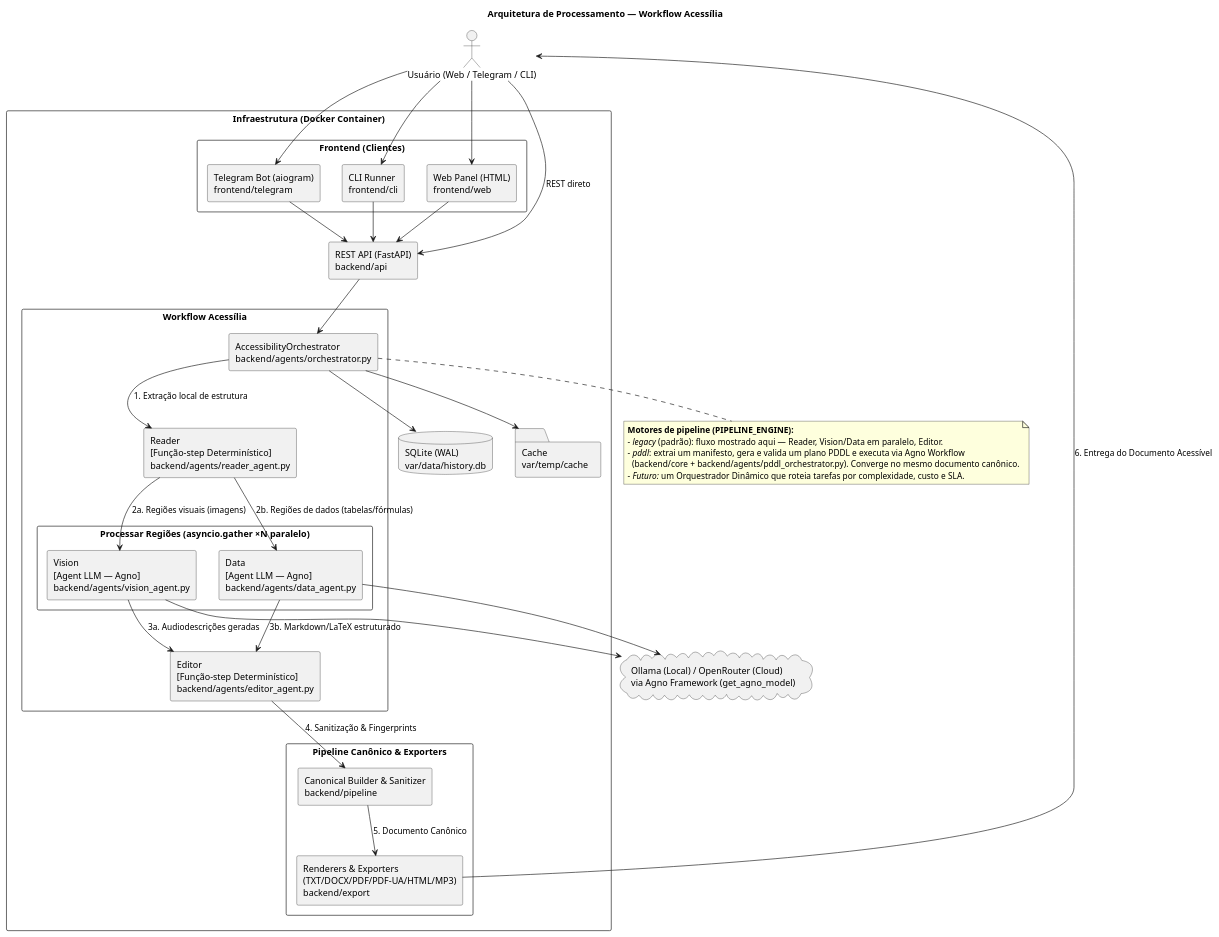
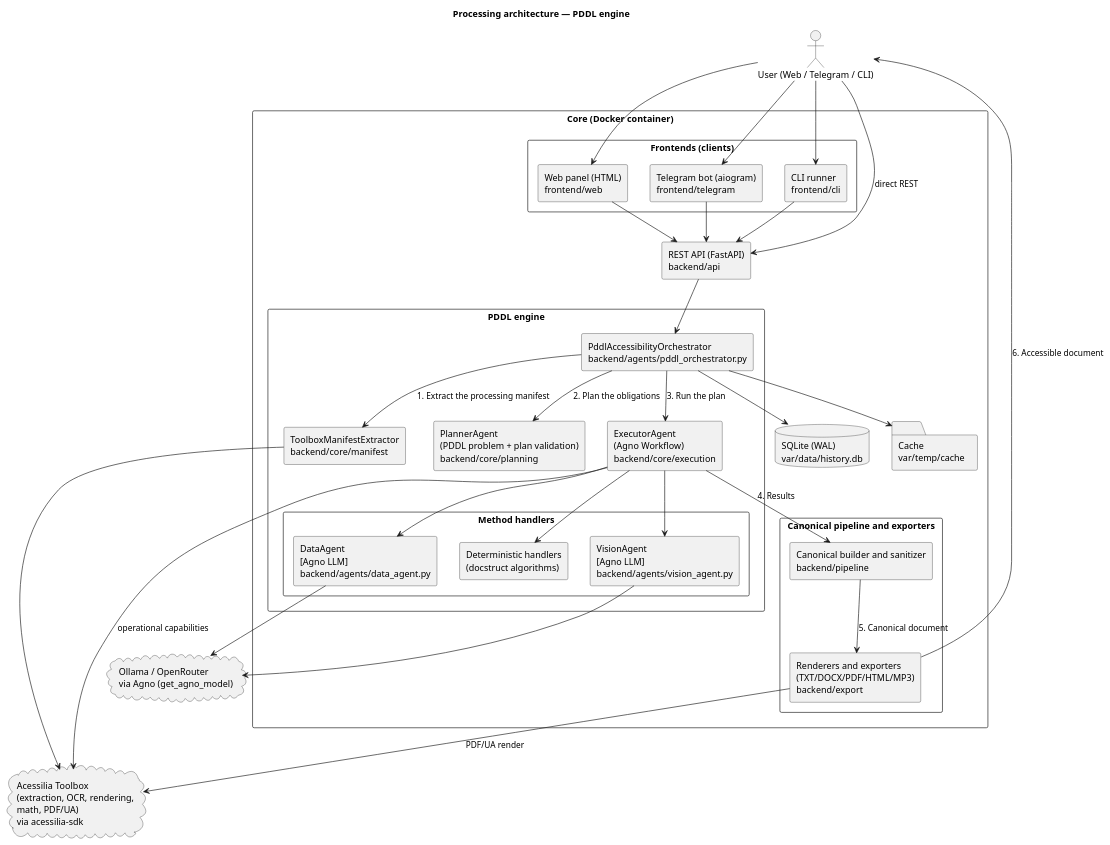
The diagram in docs/architecture/architecture.puml (A11yDevs/acessilia), drawn with PlantUML before and after one commit. The commit also changed 11 other files, not shown here.

First line of the commit message:
docs: redraw the diagrams and drop the last legacy references

```diff
--- a/docs/architecture/architecture.puml
+++ b/docs/architecture/architecture.puml
@@ -1,77 +1,74 @@
 @startuml architecture
 skinparam componentStyle rectangle
 skinparam shadowing false
 skinparam packageStyle rectangle
 
-title Arquitetura de Processamento — Workflow Acessília
+title Processing architecture — PDDL engine
 
-actor "Usuário (Web / Telegram / CLI)" as User
+actor "User (Web / Telegram / CLI)" as User
 
-package "Infraestrutura (Docker Container)" {
-  
-  package "Frontend (Clientes)" {
-    component "Web Panel (HTML)\nfrontend/web" as WebUI
-    component "Telegram Bot (aiogram)\nfrontend/telegram" as TelegramBot
-    component "CLI Runner\nfrontend/cli" as CLI
+package "Core (Docker container)" {
+
+  package "Frontends (clients)" {
+    component "Web panel (HTML)\nfrontend/web" as WebUI
+    component "Telegram bot (aiogram)\nfrontend/telegram" as TelegramBot
+    component "CLI runner\nfrontend/cli" as CLI
   }
 
   component "REST API (FastAPI)\nbackend/api" as API
 
-  package "Workflow Acessília" {
-    component "AccessibilityOrchestrator\nbackend/agents/orchestrator.py" as Orchestrator
-    
-    component "Reader\n[Função-step Determinístico]\nbackend/agents/reader_agent.py" as Reader
-    
-    package "Processar Regiões (asyncio.gather ×N paralelo)" {
-      component "Vision\n[Agent LLM — Agno]\nbackend/agents/vision_agent.py" as Vision
-      component "Data\n[Agent LLM — Agno]\nbackend/agents/data_agent.py" as Data
+  package "PDDL engine" {
+    component "PddlAccessibilityOrchestrator\nbackend/agents/pddl_orchestrator.py" as Orchestrator
+    component "ToolboxManifestExtractor\nbackend/core/manifest" as Manifest
+    component "PlannerAgent\n(PDDL problem + plan validation)\nbackend/core/planning" as Planner
+    component "ExecutorAgent\n(Agno Workflow)\nbackend/core/execution" as Executor
+
+    package "Method handlers" {
+      component "VisionAgent\n[Agno LLM]\nbackend/agents/vision_agent.py" as Vision
+      component "DataAgent\n[Agno LLM]\nbackend/agents/data_agent.py" as Data
+      component "Deterministic handlers\n(docstruct algorithms)" as Deterministic
     }
-    
-    component "Editor\n[Função-step Determinístico]\nbackend/agents/editor_agent.py" as Editor
   }
 
-  package "Pipeline Canônico & Exporters" {
-    component "Canonical Builder & Sanitizer\nbackend/pipeline" as Pipeline
-    component "Renderers & Exporters\n(TXT/DOCX/PDF/PDF-UA/HTML/MP3)\nbackend/export" as Exporters
+  package "Canonical pipeline and exporters" {
+    component "Canonical builder and sanitizer\nbackend/pipeline" as Pipeline
+    component "Renderers and exporters\n(TXT/DOCX/PDF/HTML/MP3)\nbackend/export" as Exporters
   }
 
   database "SQLite (WAL)\nvar/data/history.db" as DB
   folder "Cache\nvar/temp/cache" as Cache
 }
 
-cloud "Ollama (Local) / OpenRouter (Cloud)\nvia Agno Framework (get_agno_model)" as AI
-
-note bottom of Orchestrator
-  <b>Motores de pipeline (PIPELINE_ENGINE):</b>
-  - <i>legacy</i> (padrão): fluxo mostrado aqui — Reader, Vision/Data em paralelo, Editor.
-  - <i>pddl</i>: extrai um manifesto, gera e valida um plano PDDL e executa via Agno Workflow
-    (backend/core + backend/agents/pddl_orchestrator.py). Converge no mesmo documento canônico.
-  - <i>Futuro:</i> um Orquestrador Dinâmico que roteia tarefas por complexidade, custo e SLA.
-end note
+cloud "Acessilia Toolbox\n(extraction, OCR, rendering,\nmath, PDF/UA)\nvia acessilia-sdk" as Toolbox
+cloud "Ollama / OpenRouter\nvia Agno (get_agno_model)" as AI
 
 User --> WebUI
 User --> TelegramBot
 User --> CLI
-User --> API : REST direto
+User --> API : direct REST
 
 WebUI --> API
 TelegramBot --> API
 CLI --> API
 API --> Orchestrator
 
 Orchestrator --> DB
 Orchestrator --> Cache
 
-Orchestrator --> Reader : 1. Extração local de estrutura
-Reader --> Vision : 2a. Regiões visuais (imagens)
-Reader --> Data : 2b. Regiões de dados (tabelas/fórmulas)
+Orchestrator --> Manifest : 1. Extract the processing manifest
+Manifest --> Toolbox
+Orchestrator --> Planner : 2. Plan the obligations
+Orchestrator --> Executor : 3. Run the plan
+Executor --> Vision
+Executor --> Data
+Executor --> Deterministic
+Executor --> Toolbox : operational capabilities
 Vision --> AI
 Data --> AI
 
-Vision --> Editor : 3a. Audiodescrições geradas
-Data --> Editor : 3b. Markdown/LaTeX estruturado
-Editor --> Pipeline : 4. Sanitização & Fingerprints
-Pipeline --> Exporters : 5. Documento Canônico
-Exporters --> User : 6. Entrega do Documento Acessível
+Executor --> Pipeline : 4. Results
+Pipeline --> Exporters : 5. Canonical document
+Exporters --> Toolbox : PDF/UA render
+Exporters --> User : 6. Accessible document
 
 @enduml
```
